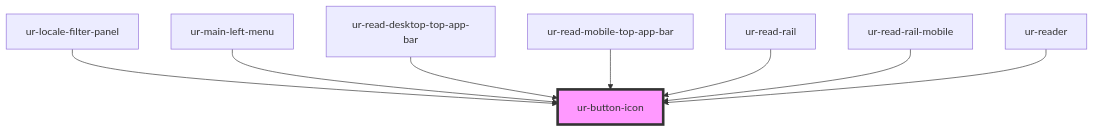
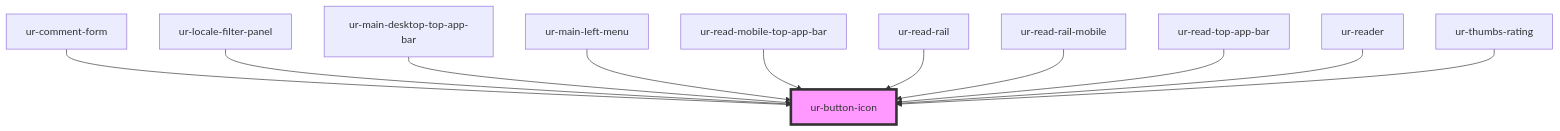
One commit to hellish/urnovl-web-components changed the diagram in src/components/ur-button-icon/readme.md. Above: the diagram before and after it, drawn with Mermaid. The commit also changed other lines of this file and 52 other files, not shown here.

````diff
--- a/src/components/ur-button-icon/readme.md
+++ b/src/components/ur-button-icon/readme.md
@@ -33,11 +36,14 @@
 ```mermaid
 graph TD;
+  ur-comment-form --> ur-button-icon
   ur-locale-filter-panel --> ur-button-icon
+  ur-main-desktop-top-app-bar --> ur-button-icon
   ur-main-left-menu --> ur-button-icon
-  ur-read-desktop-top-app-bar --> ur-button-icon
   ur-read-mobile-top-app-bar --> ur-button-icon
   ur-read-rail --> ur-button-icon
   ur-read-rail-mobile --> ur-button-icon
+  ur-read-top-app-bar --> ur-button-icon
   ur-reader --> ur-button-icon
+  ur-thumbs-rating --> ur-button-icon
   style ur-button-icon fill:#f9f,stroke:#333,stroke-width:4px
 ```
````
